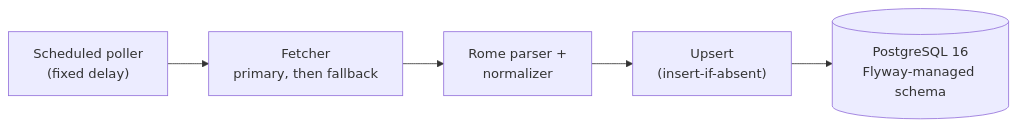
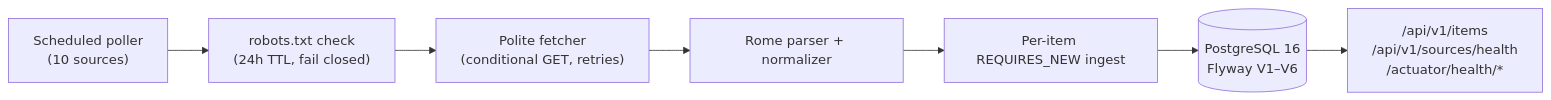
Before and after one commit to kopekijay11-hub/feedline: the diagram in README.md, drawn with Mermaid. The commit also changed other lines of this file and 6 other files, not shown here.

````diff
--- a/README.md
+++ b/README.md
@@ -46,7 +49,9 @@
 ```mermaid
 flowchart LR
-    S["Scheduled poller<br/>(fixed delay)"] --> F["Fetcher<br/>primary, then fallback"]
-    F --> P["Rome parser +<br/>normalizer"]
-    P --> U["Upsert<br/>(insert-if-absent)"]
-    U --> DB[("PostgreSQL 16<br/>Flyway-managed schema")]
+    S["Scheduled poller<br/>(10 sources)"] --> R["robots.txt check<br/>(24h TTL, fail closed)"]
+    R --> F["Polite fetcher<br/>(conditional GET, retries)"]
+    F --> P["Rome parser + normalizer"]
+    P --> I["Per-item REQUIRES_NEW ingest"]
+    I --> DB[("PostgreSQL 16<br/>Flyway V1–V6")]
+    DB --> A["/api/v1/items<br/>/api/v1/sources/health<br/>/actuator/health/*"]
 ```
````
